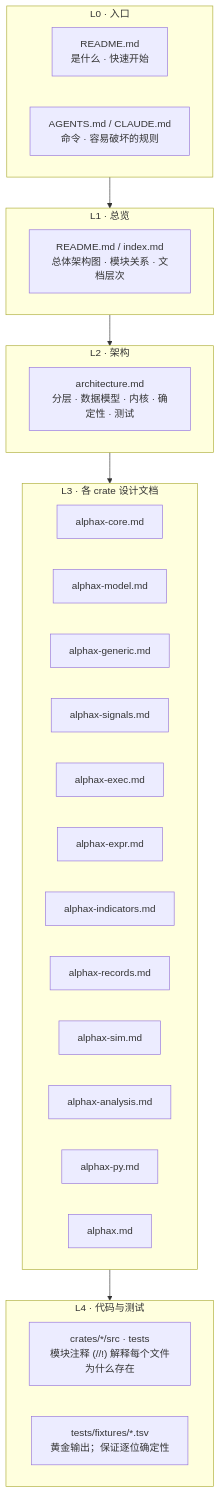
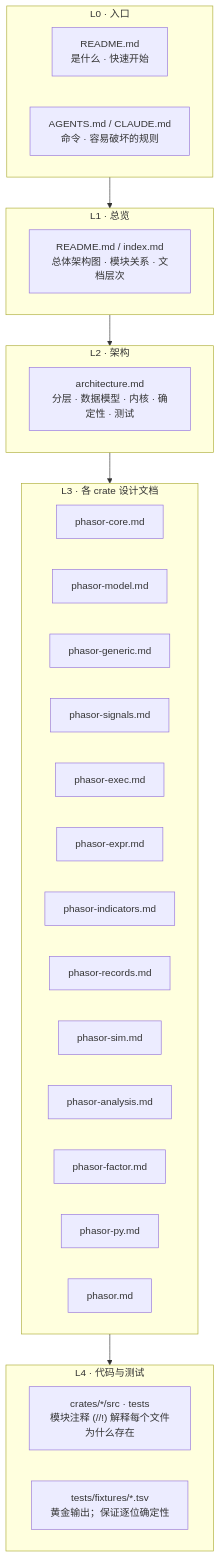
Before and after one commit to nivalume/alphax: the third of 3 diagrams in docs/README.md, drawn with Mermaid. The commit also changed other lines of this file and 37 other files, not shown here.

````diff
--- a/docs/README.md
+++ b/docs/README.md
@@ -149,40 +149,41 @@
 ```mermaid
 flowchart TD
     subgraph L0["L0 · 入口"]
         R0["README.md<br/>是什么 · 快速开始"]
         A0["AGENTS.md / CLAUDE.md<br/>命令 · 容易破坏的规则"]
     end
 
     subgraph L1["L1 · 总览"]
         R1["README.md / index.md<br/>总体架构图 · 模块关系 · 文档层次"]
     end
 
     subgraph L2["L2 · 架构"]
         R2["architecture.md<br/>分层 · 数据模型 · 内核 · 确定性 · 测试"]
     end
 
     subgraph L3["L3 · 各 crate 设计文档"]
-        C_core["alphax-core.md"]
-        C_model["alphax-model.md"]
-        C_generic["alphax-generic.md"]
-        C_signals["alphax-signals.md"]
-        C_exec["alphax-exec.md"]
-        C_expr["alphax-expr.md"]
-        C_indicators["alphax-indicators.md"]
-        C_records["alphax-records.md"]
-        C_sim["alphax-sim.md"]
-        C_analysis["alphax-analysis.md"]
-        C_py["alphax-py.md"]
-        C_facade["alphax.md"]
+        C_core["phasor-core.md"]
+        C_model["phasor-model.md"]
+        C_generic["phasor-generic.md"]
+        C_signals["phasor-signals.md"]
+        C_exec["phasor-exec.md"]
+        C_expr["phasor-expr.md"]
+        C_indicators["phasor-indicators.md"]
+        C_records["phasor-records.md"]
+        C_sim["phasor-sim.md"]
+        C_analysis["phasor-analysis.md"]
+        C_factor["phasor-factor.md"]
+        C_py["phasor-py.md"]
+        C_facade["phasor.md"]
     end
 
     subgraph L4["L4 · 代码与测试"]
         Code["crates/*/src · tests<br/>模块注释 (//!) 解释每个文件为什么存在"]
         Gold["tests/fixtures/*.tsv<br/>黄金输出；保证逐位确定性"]
     end
 
     L0 --> L1
     L1 --> L2
     L2 --> L3
     L3 --> L4
 ```
````
